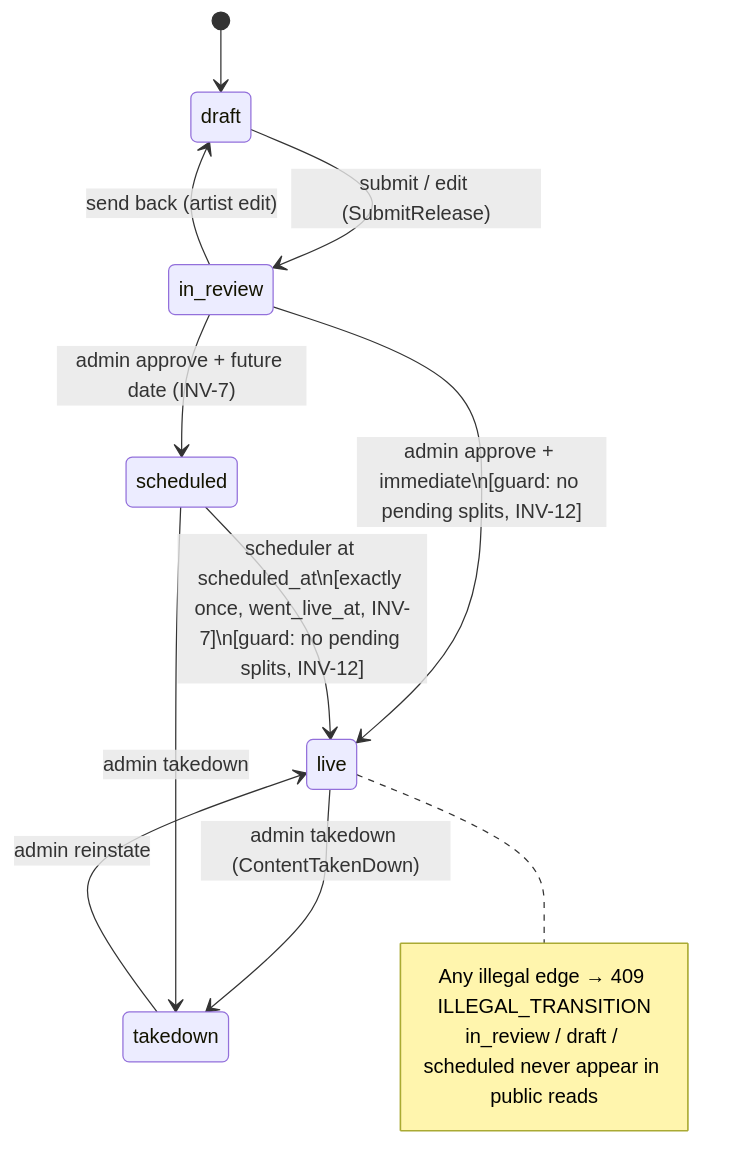
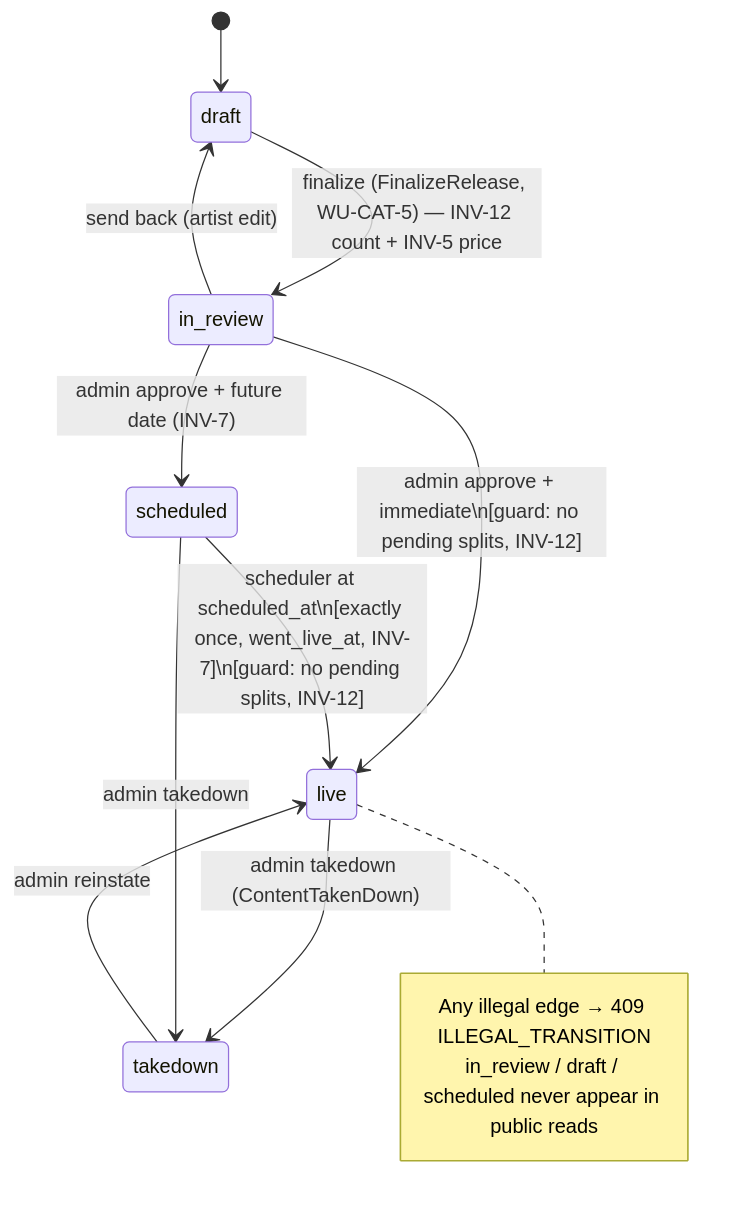
The fourth of 4 diagrams in backend/docs/architecture/catalog.md (Shakvilla/beatzmedia), drawn with Mermaid before and after one commit. The commit also changed other lines of this file and 6 other files, not shown here.

````diff
--- a/backend/docs/architecture/catalog.md
+++ b/backend/docs/architecture/catalog.md
@@ -657,16 +694,16 @@
 ```mermaid
 stateDiagram-v2
   [*] --> draft
-  draft --> in_review: submit / edit (SubmitRelease)
+  draft --> in_review: finalize (FinalizeRelease, WU-CAT-5) — INV-12 count + INV-5 price
   in_review --> draft: send back (artist edit)
   in_review --> scheduled: admin approve + future date (INV-7)
   in_review --> live: admin approve + immediate\n[guard: no pending splits, INV-12]
   scheduled --> live: scheduler at scheduled_at\n[exactly once, went_live_at, INV-7]\n[guard: no pending splits, INV-12]
   live --> takedown: admin takedown (ContentTakenDown)
   takedown --> live: admin reinstate
   scheduled --> takedown: admin takedown
   note right of live
     Any illegal edge → 409 ILLEGAL_TRANSITION
     in_review / draft / scheduled never appear in public reads
   end note
 ```
````
